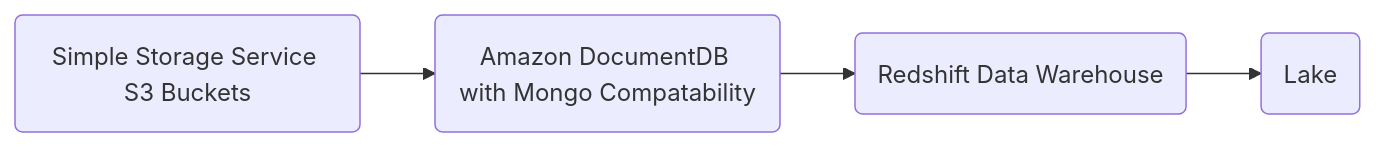
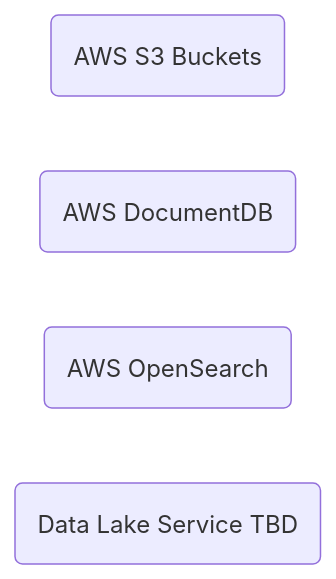
One commit to agile-learning-institute/mentorHub changed the fourth of 5 diagrams in specifications/ARCHITECTURE.md. Above: the diagram before and after it, drawn with Mermaid. The commit also changed other lines of this file, not shown here.

````diff
--- a/specifications/ARCHITECTURE.md
+++ b/specifications/ARCHITECTURE.md
@@ -140,8 +146,8 @@
 ```mermaid
 flowchart LR
-    S3(Simple Storage Service S3 Buckets)
-    --> ADB(Amazon DocumentDB with Mongo Compatability)
-    --> DataWarehouse(Redshift Data Warehouse)
-    --> DataLake(Lake) 
+    S3(AWS S3 Buckets)
+    ADB(AWS DocumentDB)
+    Search(AWS OpenSearch)
+    DataLake(Data Lake Service TBD) 
 
 ```
````
